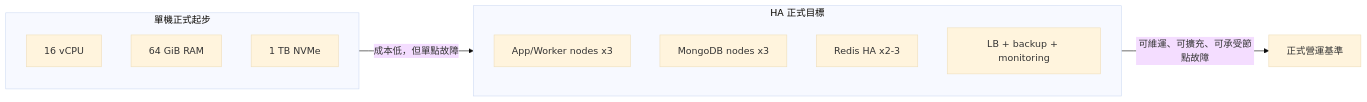
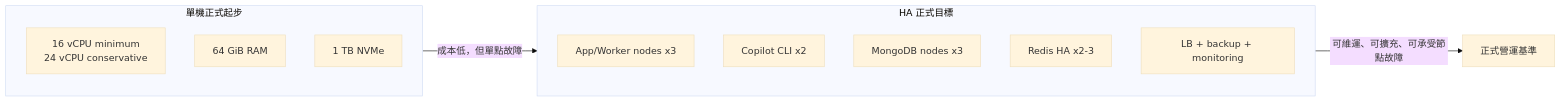
One commit to chunkai1312/temp changed the tenth of 17 diagrams in production-resource-architecture-proposal.md. Above: the diagram before and after it, drawn with Mermaid (base theme). The commit also changed other lines of this file, not shown here.

````diff
--- a/production-resource-architecture-proposal.md
+++ b/production-resource-architecture-proposal.md
@@ -353,16 +421,17 @@
 ```mermaid
 flowchart LR
   subgraph SINGLE["單機正式起步"]
-    S1["16 vCPU"]
+    S1["16 vCPU minimum\n24 vCPU conservative"]
     S2["64 GiB RAM"]
     S3["1 TB NVMe"]
   end
   subgraph HA["HA 正式目標"]
     A1["App/Worker nodes x3"]
+    C1["Copilot CLI x2"]
     D1["MongoDB nodes x3"]
     R1["Redis HA x2-3"]
     B1["LB + backup + monitoring"]
   end
   SINGLE -->|"成本低，但單點故障"| HA
   HA -->|"可維運、可擴充、可承受節點故障"| PROD["正式營運基準"]
 ```
````
